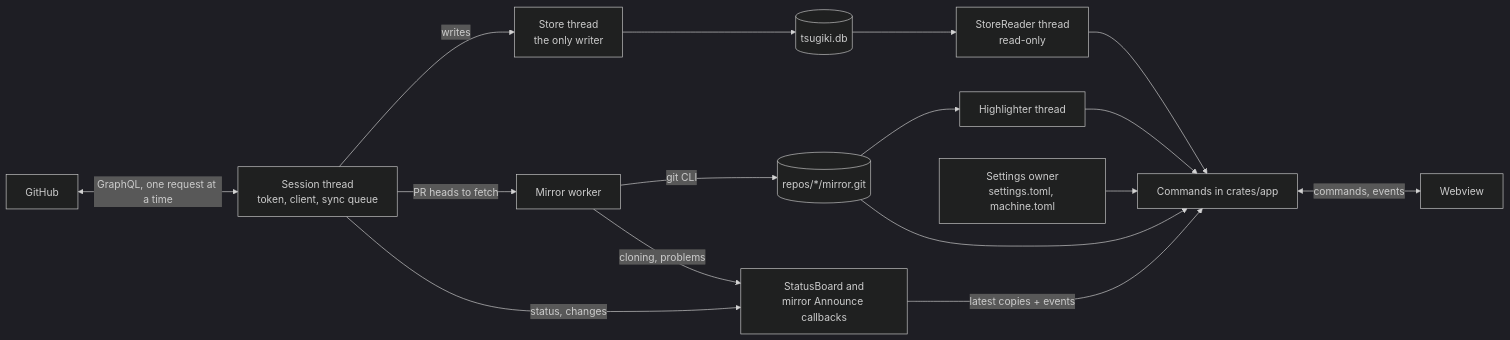
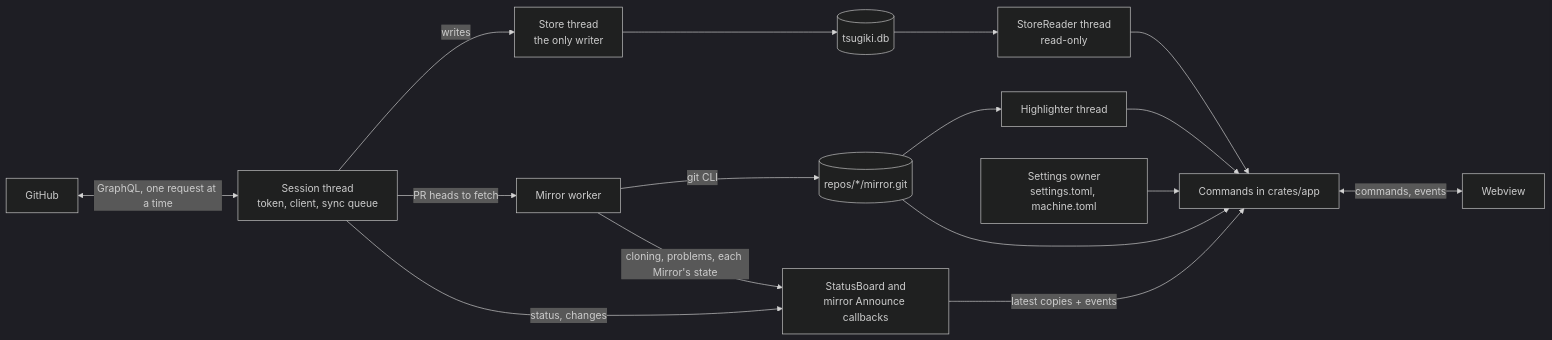
The diagram in docs/architecture.md (tsugiki/tsugiki), drawn with Mermaid (dark theme) before and after one commit. The commit also changed other lines of this file and 16 other files, not shown here.

````diff
--- a/docs/architecture.md
+++ b/docs/architecture.md
@@ -31,18 +31,18 @@
 ```mermaid
 flowchart LR
     gh[GitHub] <-->|GraphQL, one request at a time| session
     session[Session thread<br>token, client, sync queue] -->|writes| store[Store thread<br>the only writer]
     store --> db[(tsugiki.db)]
     db --> reader[StoreReader thread<br>read-only]
     session -->|PR heads to fetch| mirrors[Mirror worker]
     mirrors -->|git CLI| git[("repos/*/mirror.git")]
     session -->|status, changes| board[StatusBoard and<br>mirror Announce callbacks]
-    mirrors -->|cloning, problems| board
+    mirrors -->|cloning, problems, each Mirror's state| board
     board -->|latest copies + events| app[Commands in crates/app]
     reader --> app
     git --> highlighter[Highlighter thread]
     git --> app
     highlighter --> app
     settings[Settings owner<br>settings.toml, machine.toml] --> app
     app <-->|commands, events| ui[Webview]
 ```
````
